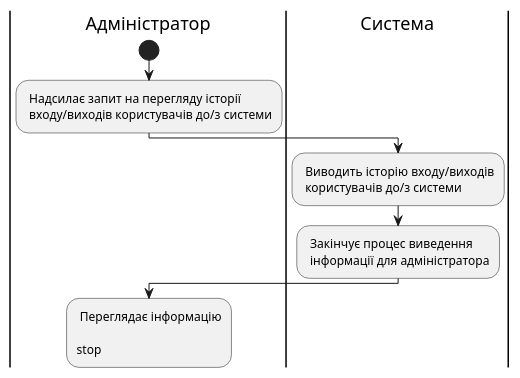
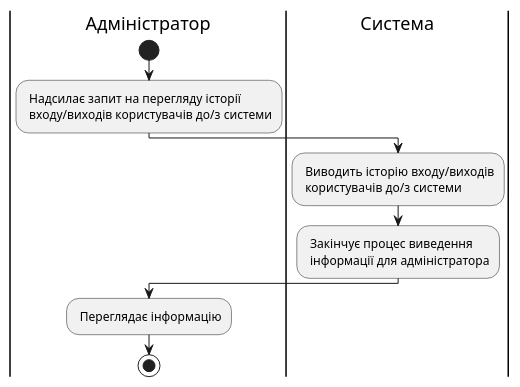
Before and after one commit to anastasiadyvnich/edu_db_labs: diagram 12 of 14 in docs/use cases/README.md, drawn with PlantUML. The commit also changed other lines of this file, not shown here.

```diff
--- a/docs/use cases/README.md
+++ b/docs/use cases/README.md
@@ -431,18 +431,18 @@
 @startuml
 
     |Адміністратор|
     start;
     : Надсилає запит на перегляду історії\n входу/виходів користувачів до/з системи;
 
     |Система|
     : Виводить історію входу/виходів\n користувачів до/з системи;
 
     |Система|
     : Закінчує процес виведення\n інформації для адміністратора;
 
     |Адміністратор|
-    : Переглядає інформацію
+    : Переглядає інформацію;
 
     stop;
 
 @enduml
```
